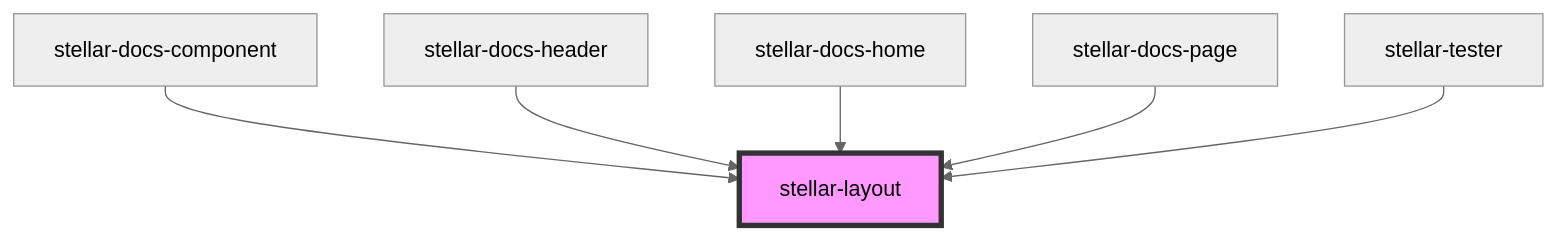
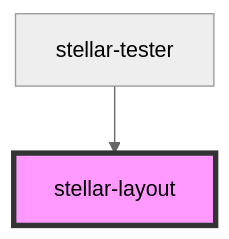
The diagram in src/components/ui/layout/readme.md (splitinfinities/Stellar), drawn with Mermaid (neutral theme) before and after one commit. The commit also changed other lines of this file and 58 other files, not shown here.

````diff
--- a/src/components/ui/layout/readme.md
+++ b/src/components/ui/layout/readme.md
@@ -56,9 +52,5 @@
 ```mermaid
 graph TD;
-  stellar-docs-component --> stellar-layout
-  stellar-docs-header --> stellar-layout
-  stellar-docs-home --> stellar-layout
-  stellar-docs-page --> stellar-layout
   stellar-tester --> stellar-layout
   style stellar-layout fill:#f9f,stroke:#333,stroke-width:4px
 ```
````
